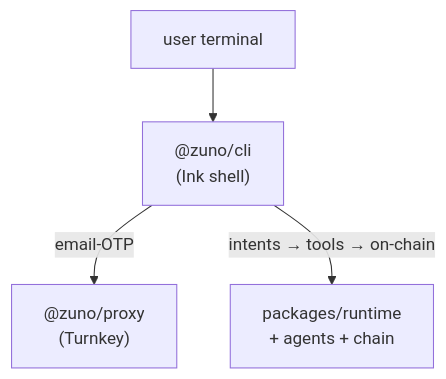
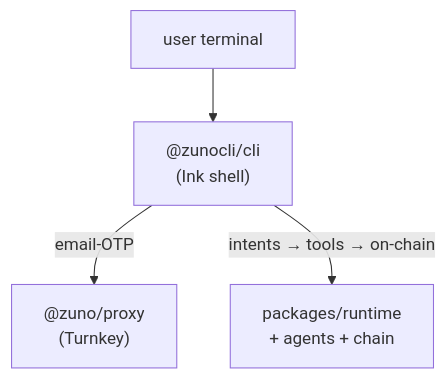
The diagram in apps/README.md (Meriem-BM/zuno), drawn with Mermaid before and after one commit. The commit also changed other lines of this file and 8 other files, not shown here.

First line of the commit message:
chore(cli,web,docs): publish CLI as @zunocli/cli + landing/docs polish

````diff
--- a/apps/README.md
+++ b/apps/README.md
@@ -14,11 +14,11 @@
 ```mermaid
 flowchart TD
   user["user terminal"]
-  cli["@zuno/cli<br/>(Ink shell)"]
+  cli["@zunocli/cli<br/>(Ink shell)"]
   proxy["@zuno/proxy<br/>(Turnkey)"]
   runtime["packages/runtime<br/>+ agents + chain"]
 
   user --> cli
   cli -- "email-OTP" --> proxy
   cli -- "intents → tools → on-chain" --> runtime
 ```
````
